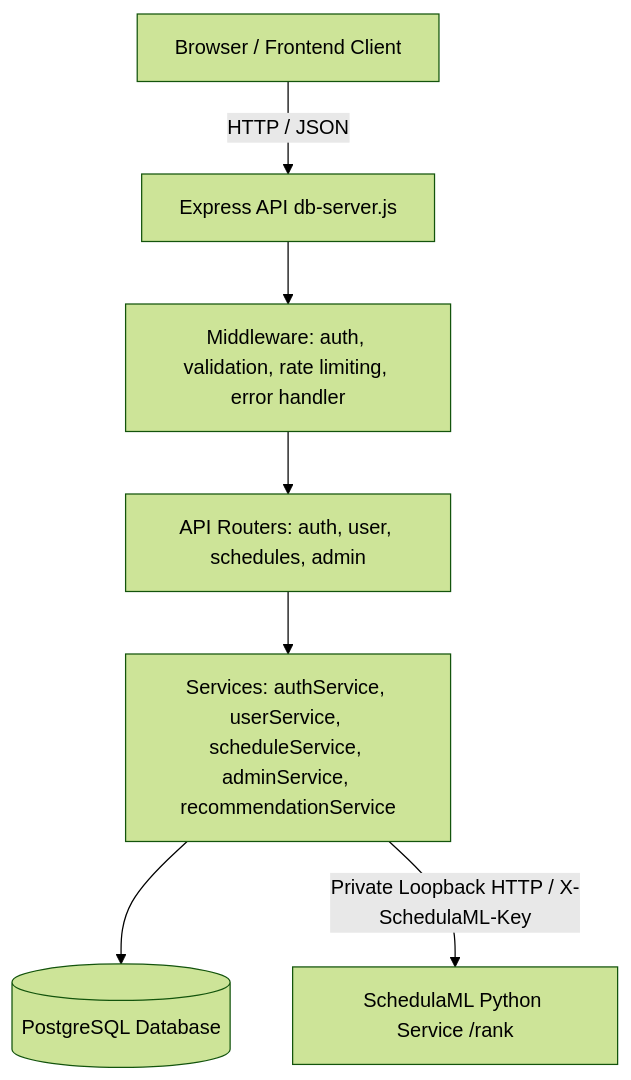
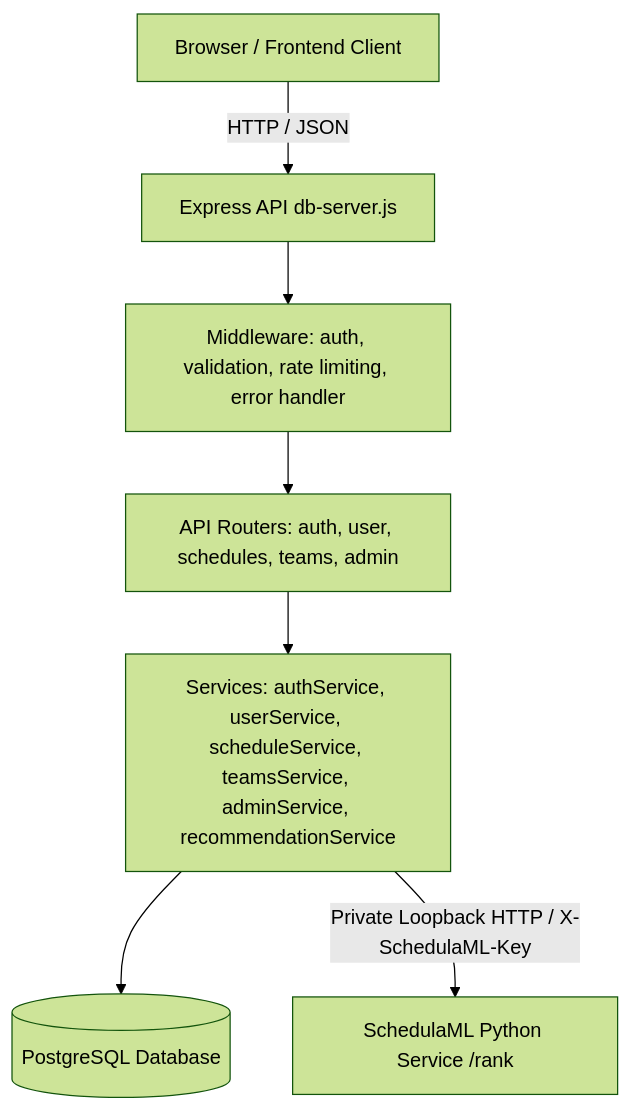
Before and after one commit to CDJ-Builders/SchedulaV1: the diagram in docs/schemas/SCHEDULA_BACKEND_SCHEMA.md, drawn with Mermaid (forest theme). The commit also changed other lines of this file and 10 other files, not shown here.

````diff
--- a/docs/schemas/SCHEDULA_BACKEND_SCHEMA.md
+++ b/docs/schemas/SCHEDULA_BACKEND_SCHEMA.md
@@ -11,9 +11,9 @@
 ```mermaid
 flowchart TD
     Client[Browser / Frontend Client] -->|HTTP / JSON| Express[Express API db-server.js]
     Express --> Middleware[Middleware: auth, validation, rate limiting, error handler]
-    Middleware --> Routes[API Routers: auth, user, schedules, admin]
-    Routes --> Services[Services: authService, userService, scheduleService, adminService, recommendationService]
+    Middleware --> Routes[API Routers: auth, user, schedules, teams, admin]
+    Routes --> Services[Services: authService, userService, scheduleService, teamsService, adminService, recommendationService]
     Services --> DB[(PostgreSQL Database)]
     Services -->|Private Loopback HTTP / X-SchedulaML-Key| ML[SchedulaML Python Service /rank]
 ```
````
